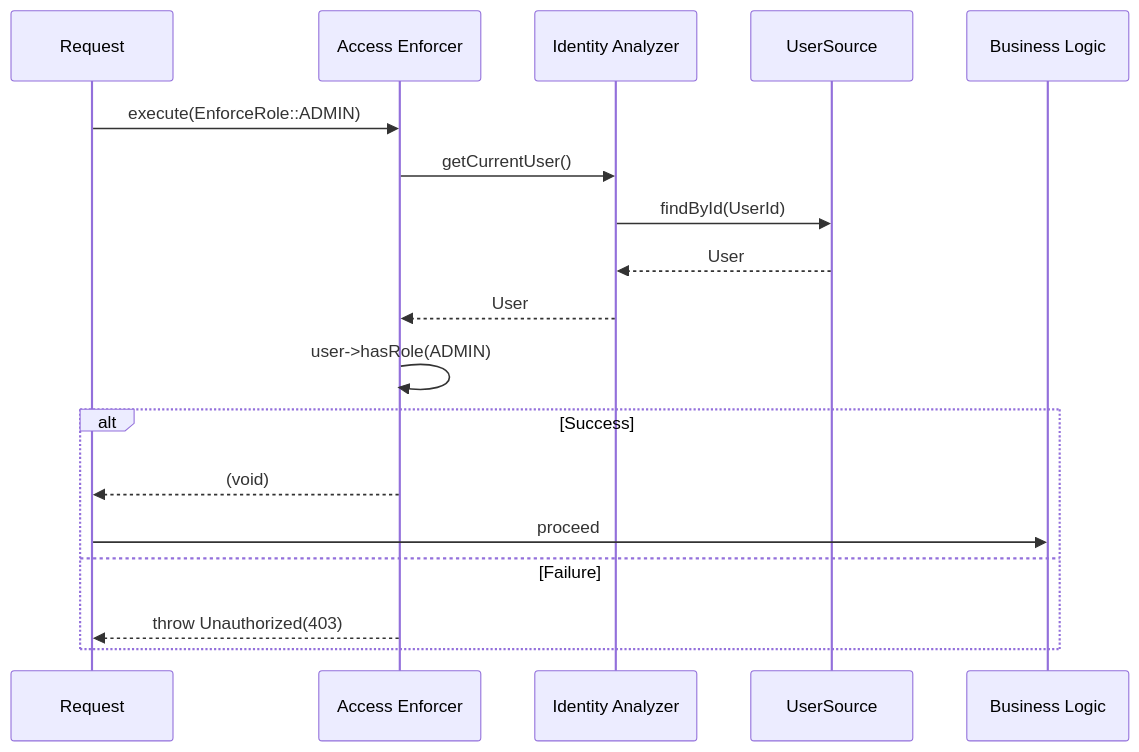
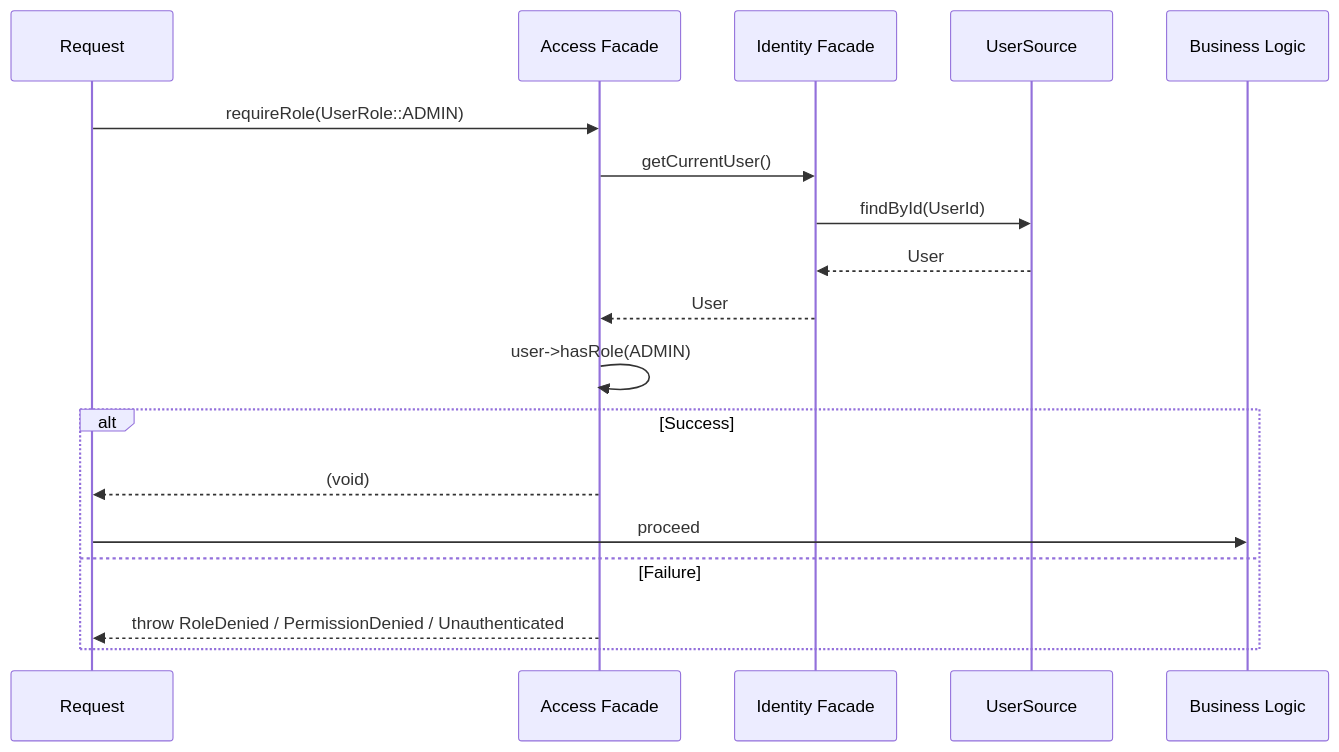
One commit to shomsy/avax changed the diagram in Foundation/Auth/docs/authorization-flow.md. Above: the diagram before and after it, drawn with Mermaid. The commit also changed other lines of this file and 15 other files, not shown here.

Commit message:
Add access facade and align auth boundaries

````diff
--- a/Foundation/Auth/docs/authorization-flow.md
+++ b/Foundation/Auth/docs/authorization-flow.md
@@ -17,22 +17,22 @@
 ```mermaid
 sequenceDiagram
     participant Request
-    participant Access as Access Enforcer
-    participant Identity as Identity Analyzer
+    participant Access as Access Facade
+    participant Identity as Identity Facade
     participant DB as UserSource
     participant Logic as Business Logic
 
-    Request->>Access: execute(EnforceRole::ADMIN)
+    Request->>Access: requireRole(UserRole::ADMIN)
     Access->>Identity: getCurrentUser()
     Identity->>DB: findById(UserId)
     DB-->>Identity: User
     Identity-->>Access: User
     Access->>Access: user->hasRole(ADMIN)
     
     ALT Success
         Access-->>Request: (void)
         Request->>Logic: proceed
     ELSE Failure
-        Access-->>Request: throw Unauthorized(403)
+        Access-->>Request: throw RoleDenied / PermissionDenied / Unauthenticated
     END
 ```
````
